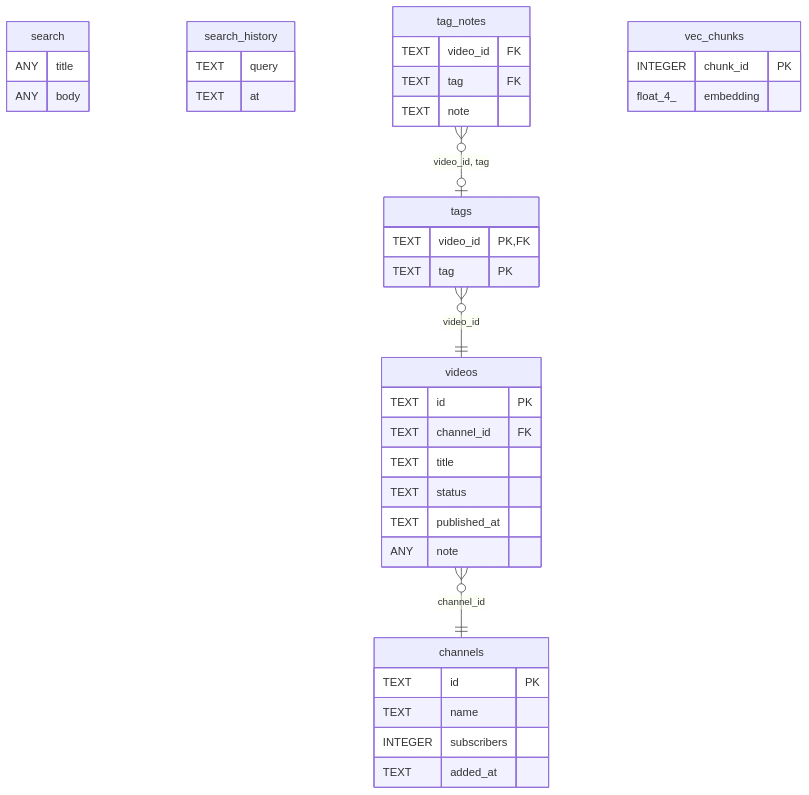
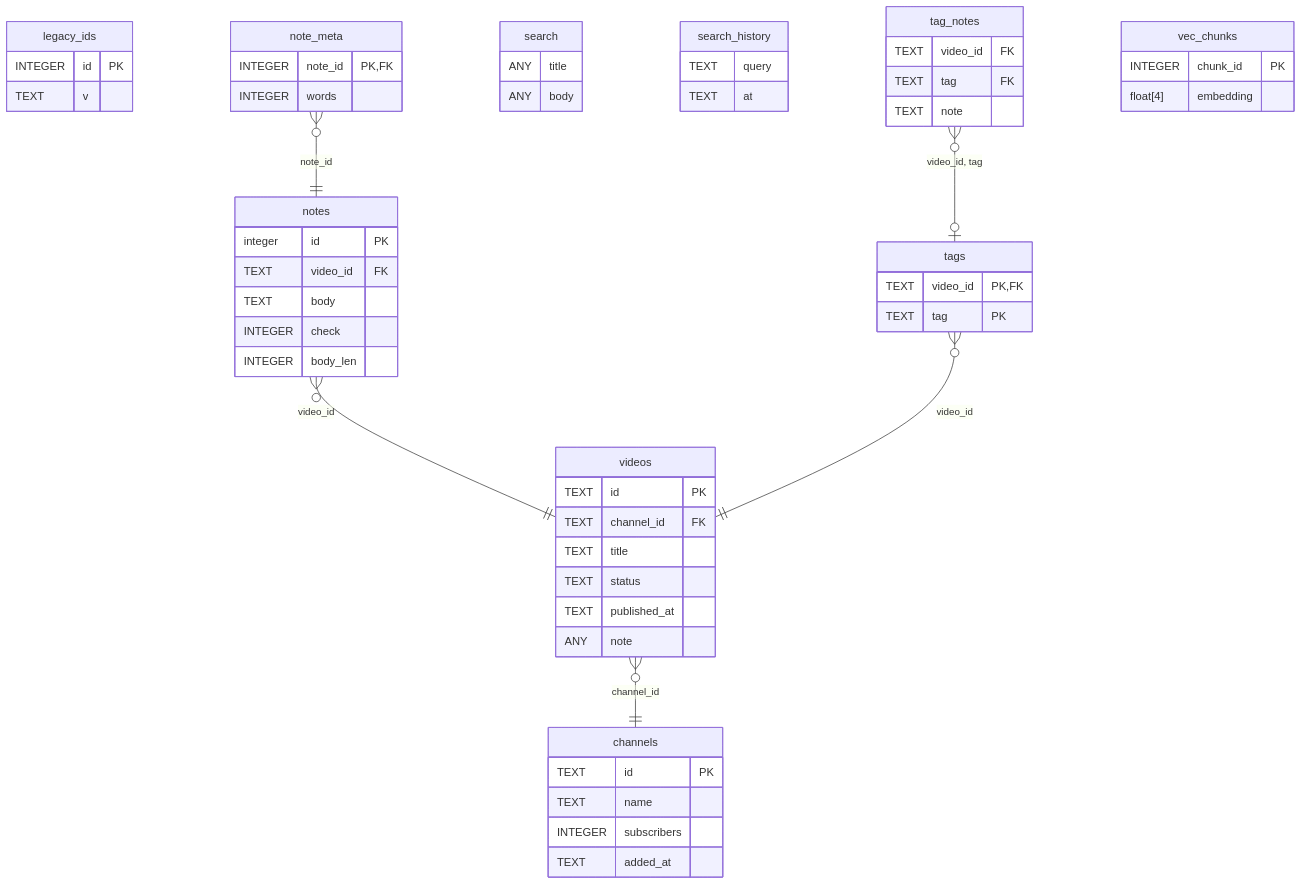
One commit to trick77/ship changed the diagram in kit/schemadoc/testdata/fixture.md. Above: the diagram before and after it, drawn with Mermaid. The commit also changed other lines of this file and 15 other files, not shown here.

First line of the commit message:
kit/schemadoc: truer columns, checks, views, readable types

````diff
--- a/kit/schemadoc/testdata/fixture.md
+++ b/kit/schemadoc/testdata/fixture.md
@@ -114,41 +157,58 @@
 ```mermaid
 erDiagram
     channels {
         TEXT id PK
         TEXT name
         INTEGER subscribers
         TEXT added_at
+    }
+    legacy_ids {
+        INTEGER id PK
+        TEXT v
+    }
+    note_meta {
+        INTEGER note_id PK, FK
+        INTEGER words
+    }
+    notes {
+        integer id PK
+        TEXT video_id FK
+        TEXT body
+        INTEGER check
+        INTEGER body_len
     }
     search {
         ANY title
         ANY body
     }
     search_history {
         TEXT query
         TEXT at
     }
     tag_notes {
         TEXT video_id FK
         TEXT tag FK
         TEXT note
     }
     tags {
         TEXT video_id PK, FK
         TEXT tag PK
     }
     vec_chunks {
         INTEGER chunk_id PK
-        float_4_ embedding
+        float[4] embedding
     }
     videos {
         TEXT id PK
         TEXT channel_id FK
         TEXT title
         TEXT status
         TEXT published_at
         ANY note
     }
+    note_meta }o--|| notes : "note_id"
+    notes }o--|| videos : "video_id"
     tag_notes }o--o| tags : "video_id, tag"
     tags }o--|| videos : "video_id"
     videos }o--|| channels : "channel_id"
 ```
````
